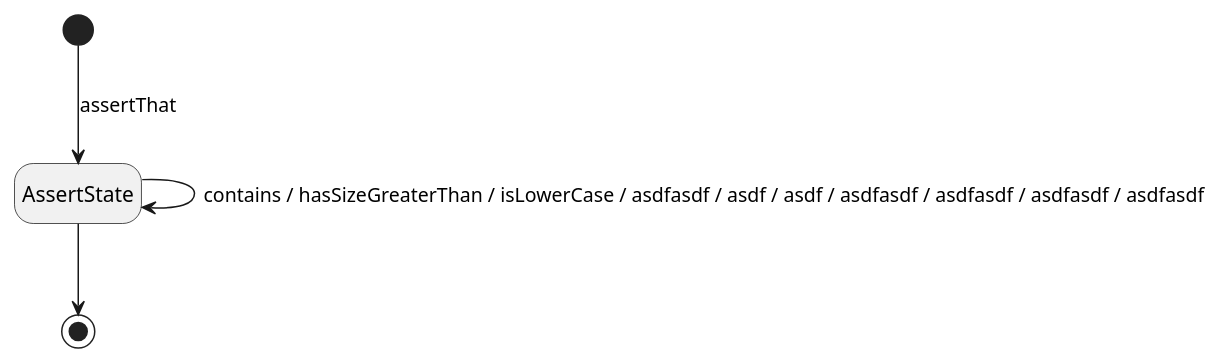
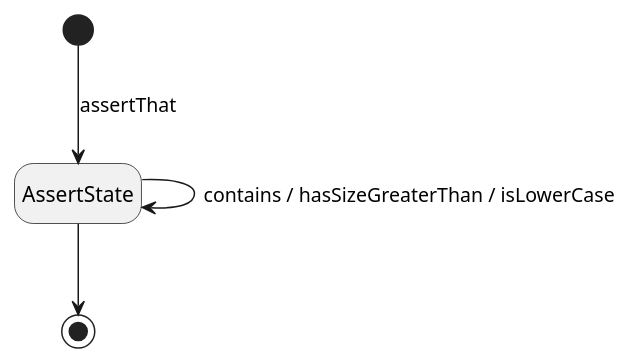
One commit to colbs255/personal changed the diagram in content/posts/sample.mdx. Above: the diagram before and after it, drawn with PlantUML. The commit also changed 1 other file, not shown here.

```diff
--- a/content/posts/sample.mdx
+++ b/content/posts/sample.mdx
@@ -41,7 +41,7 @@
 @startuml
 hide empty description
 [*] --> AssertState: assertThat
 AssertState --> [*]
 
-AssertState --> AssertState: contains / hasSizeGreaterThan / isLowerCase / asdfasdf / asdf / asdf / asdfasdf / asdfasdf / asdfasdf / asdfasdf
+AssertState --> AssertState: contains / hasSizeGreaterThan / isLowerCase
 @enduml
```
